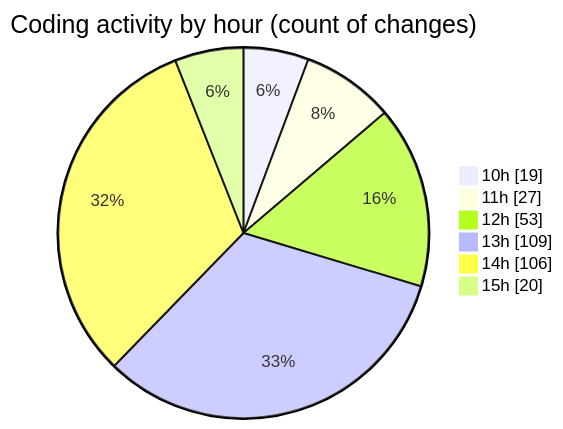
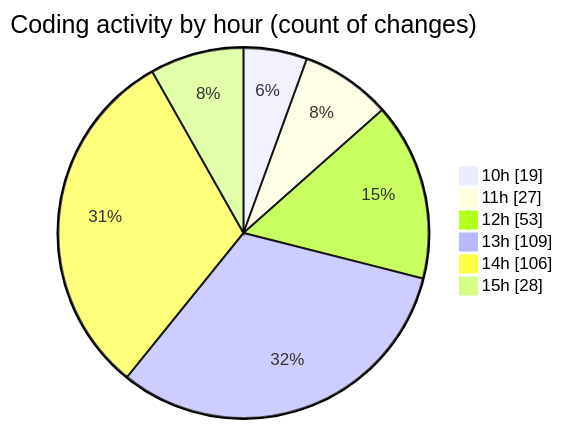
One commit to momahboobian/code-tracking changed the second of 2 diagrams in 2025-03-18/cda/README.md. Above: the diagram before and after it, drawn with Mermaid. The commit also changed other lines of this file and 1 other file, not shown here.

````diff
--- a/2025-03-18/cda/README.md
+++ b/2025-03-18/cda/README.md
@@ -42,10 +42,10 @@
 ```mermaid
 pie showData
 title Coding activity by hour (count of changes)
 "10h" : 19
 "11h" : 27
 "12h" : 53
 "13h" : 109
 "14h" : 106
-"15h" : 20
+"15h" : 28
 ```
````
